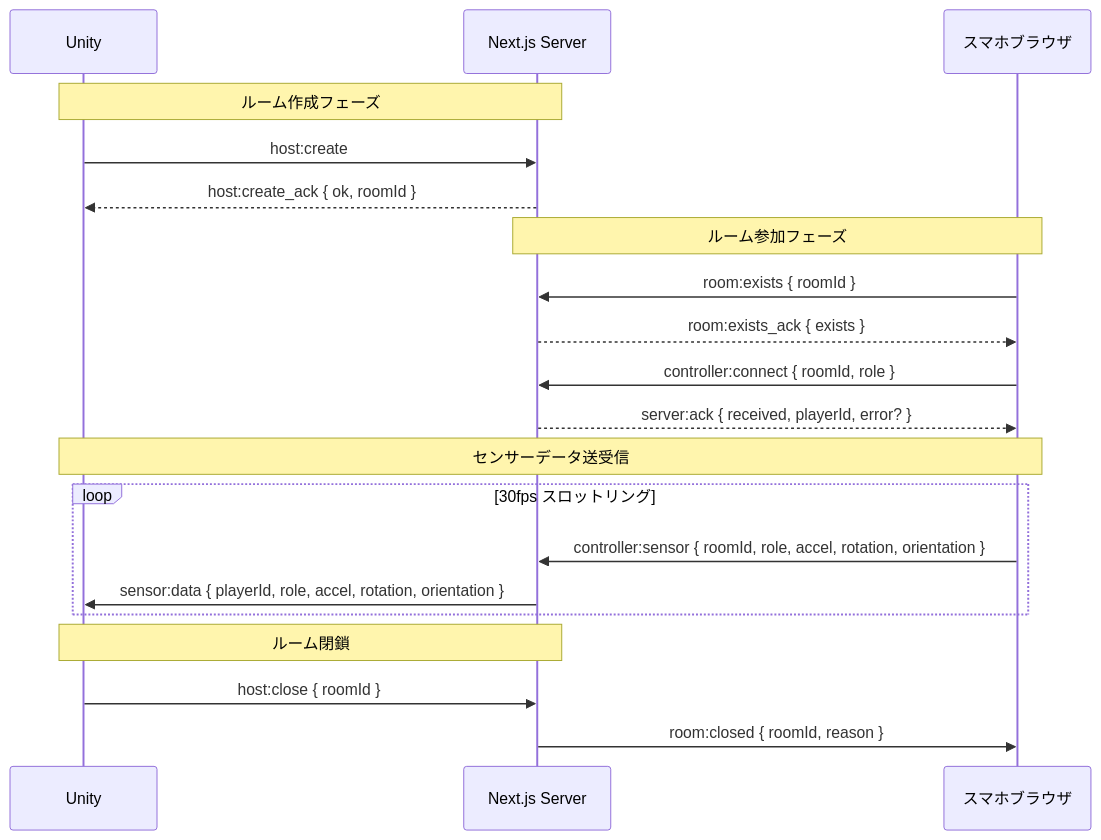
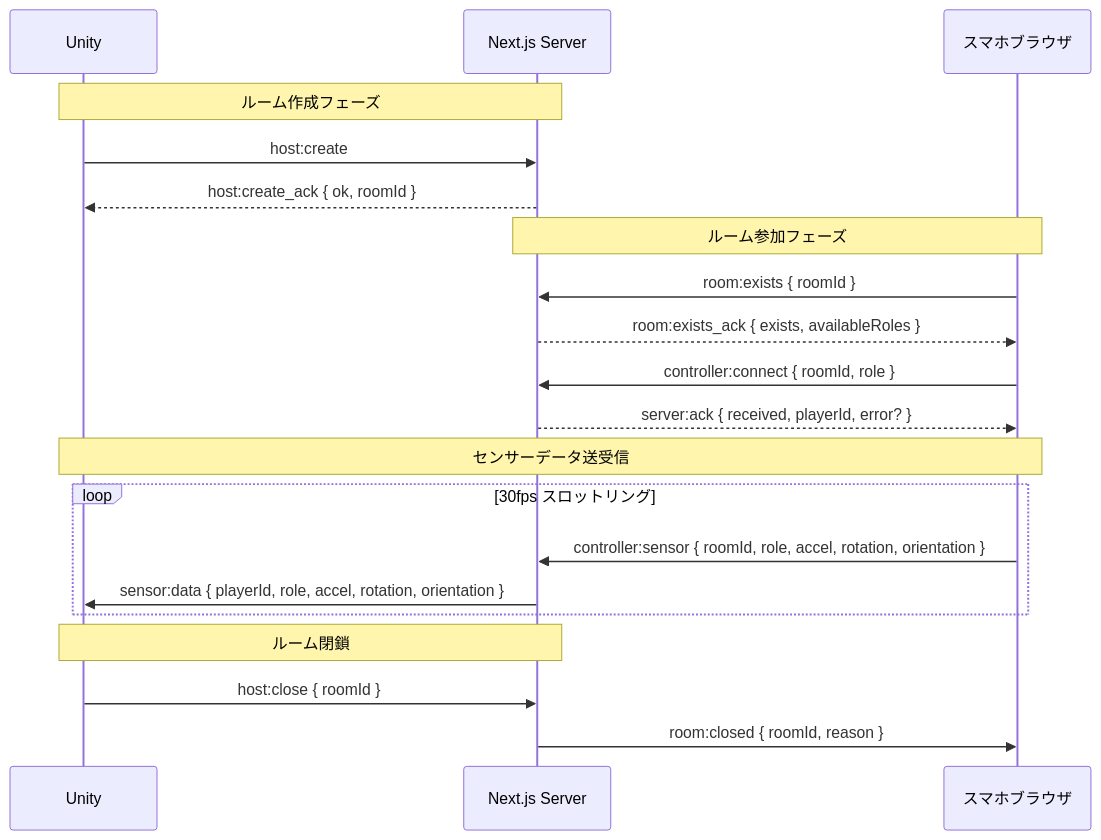
Before and after one commit to guriguri00451/alounity: the second of 2 diagrams in docs/03_Architecture.md, drawn with Mermaid. The commit also changed other lines of this file and 2 other files, not shown here.

````diff
--- a/docs/03_Architecture.md
+++ b/docs/03_Architecture.md
@@ -55,27 +55,27 @@
 ```mermaid
 sequenceDiagram
     participant U as Unity
     participant S as Next.js Server
     participant P as スマホブラウザ
 
     Note over U,S: ルーム作成フェーズ
     U->>S: host:create
     S-->>U: host:create_ack { ok, roomId }
 
     Note over P,S: ルーム参加フェーズ
     P->>S: room:exists { roomId }
-    S-->>P: room:exists_ack { exists }
+    S-->>P: room:exists_ack { exists, availableRoles }
 
     P->>S: controller:connect { roomId, role }
     S-->>P: server:ack { received, playerId, error? }
 
     Note over P,U: センサーデータ送受信
     loop 30fps スロットリング
         P->>S: controller:sensor { roomId, role, accel, rotation, orientation }
         S->>U: sensor:data { playerId, role, accel, rotation, orientation }
     end
 
     Note over U,S: ルーム閉鎖
     U->>S: host:close { roomId }
     S->>P: room:closed { roomId, reason }
 ```
````
